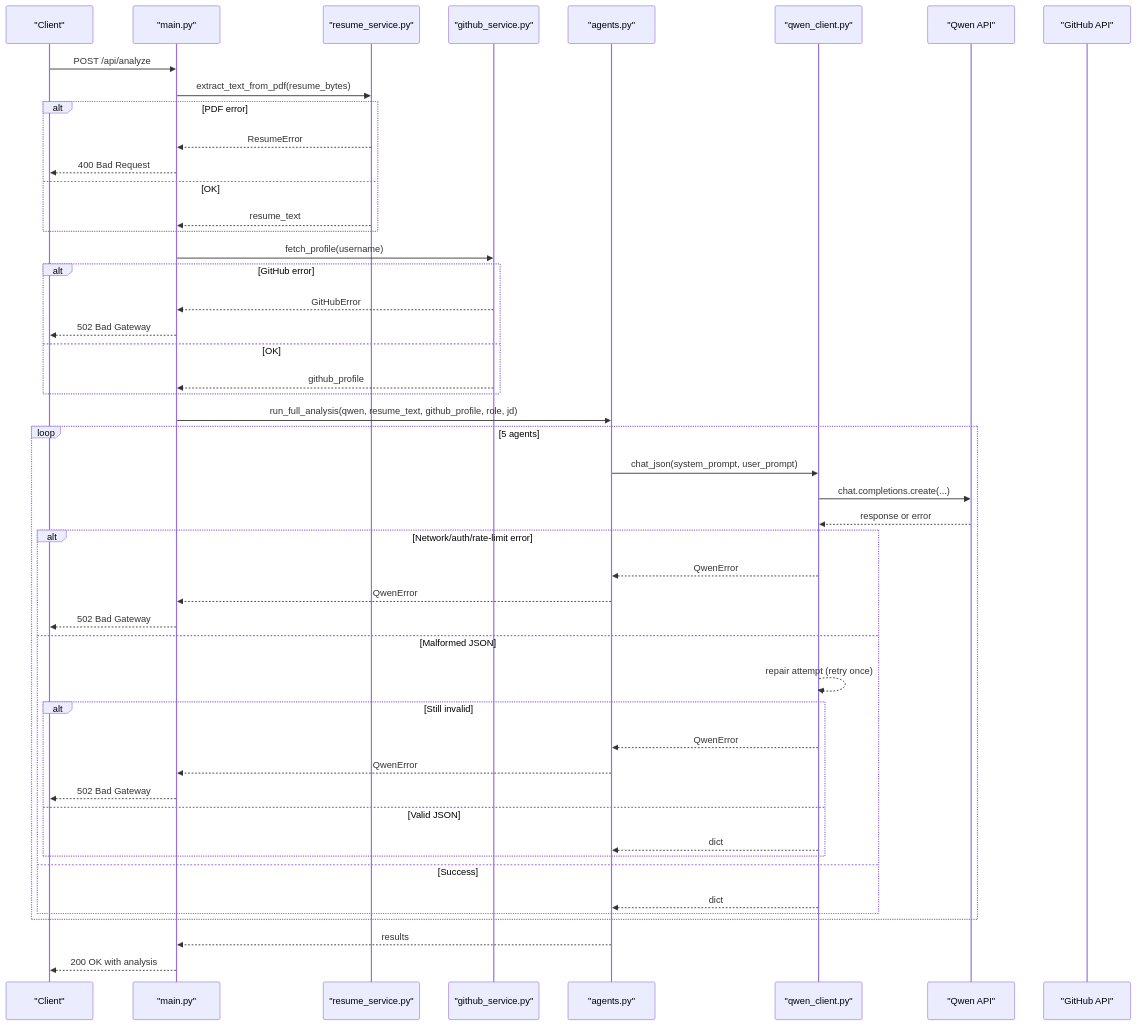
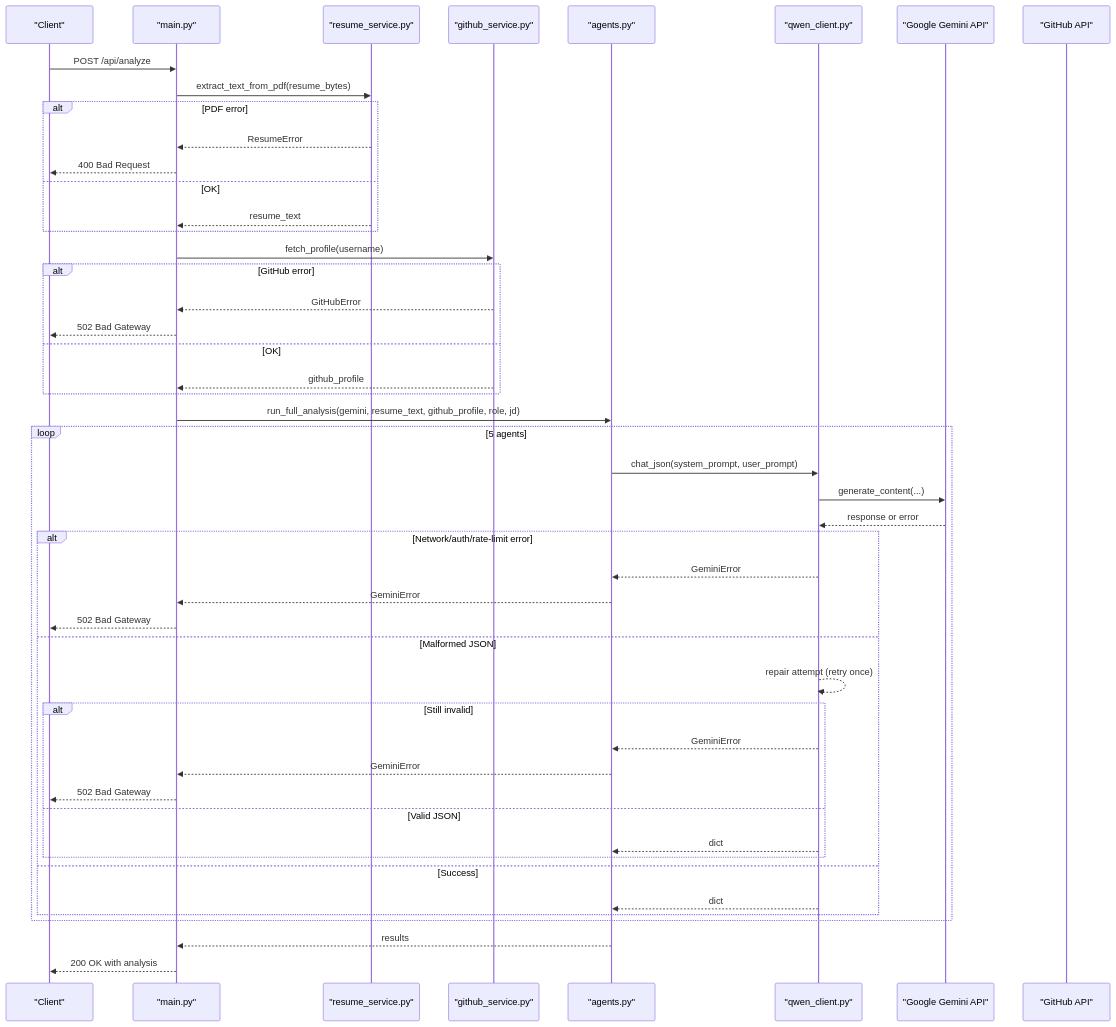
Before and after one commit to waqarimran342/CareerOS-AI: the second of 8 diagrams in .qoder/repowiki/en/content/Troubleshooting Guide/Troubleshooting Guide.md, drawn with Mermaid. The commit also changed other lines of this file and 32 other files, not shown here.

````diff
--- a/.qoder/repowiki/en/content/Troubleshooting Guide/Troubleshooting Guide.md
+++ b/.qoder/repowiki/en/content/Troubleshooting Guide/Troubleshooting Guide.md
@@ -82,50 +91,50 @@
 ```mermaid
 sequenceDiagram
 participant C as "Client"
 participant M as "main.py"
 participant RS as "resume_service.py"
 participant GS as "github_service.py"
 participant AG as "agents.py"
-participant QC as "qwen_client.py"
-participant QA as "Qwen API"
-participant GA as "GitHub API"
+participant GC as "qwen_client.py"
+participant GA as "Google Gemini API"
+participant GH as "GitHub API"
 C->>M : POST /api/analyze
 M->>RS : extract_text_from_pdf(resume_bytes)
 alt PDF error
 RS-->>M : ResumeError
 M-->>C : 400 Bad Request
 else OK
 RS-->>M : resume_text
 end
 M->>GS : fetch_profile(username)
 alt GitHub error
 GS-->>M : GitHubError
 M-->>C : 502 Bad Gateway
 else OK
 GS-->>M : github_profile
 end
-M->>AG : run_full_analysis(qwen, resume_text, github_profile, role, jd)
+M->>AG : run_full_analysis(gemini, resume_text, github_profile, role, jd)
 loop 5 agents
-AG->>QC : chat_json(system_prompt, user_prompt)
-QC->>QA : chat.completions.create(...)
-QA-->>QC : response or error
+AG->>GC : chat_json(system_prompt, user_prompt)
+GC->>GA : generate_content(...)
+GA-->>GC : response or error
 alt Network/auth/rate-limit error
-QC-->>AG : QwenError
-AG-->>M : QwenError
+GC-->>AG : GeminiError
+AG-->>M : GeminiError
 M-->>C : 502 Bad Gateway
 else Malformed JSON
-QC-->>QC : repair attempt (retry once)
+GC-->>GC : repair attempt (retry once)
 alt Still invalid
-QC-->>AG : QwenError
-AG-->>M : QwenError
+GC-->>AG : GeminiError
+AG-->>M : GeminiError
 M-->>C : 502 Bad Gateway
 else Valid JSON
-QC-->>AG : dict
+GC-->>AG : dict
 end
 else Success
-QC-->>AG : dict
+GC-->>AG : dict
 end
 end
 AG-->>M : results
 M-->>C : 200 OK with analysis
 ```
````
